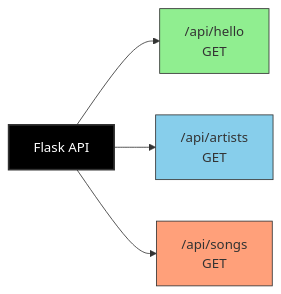
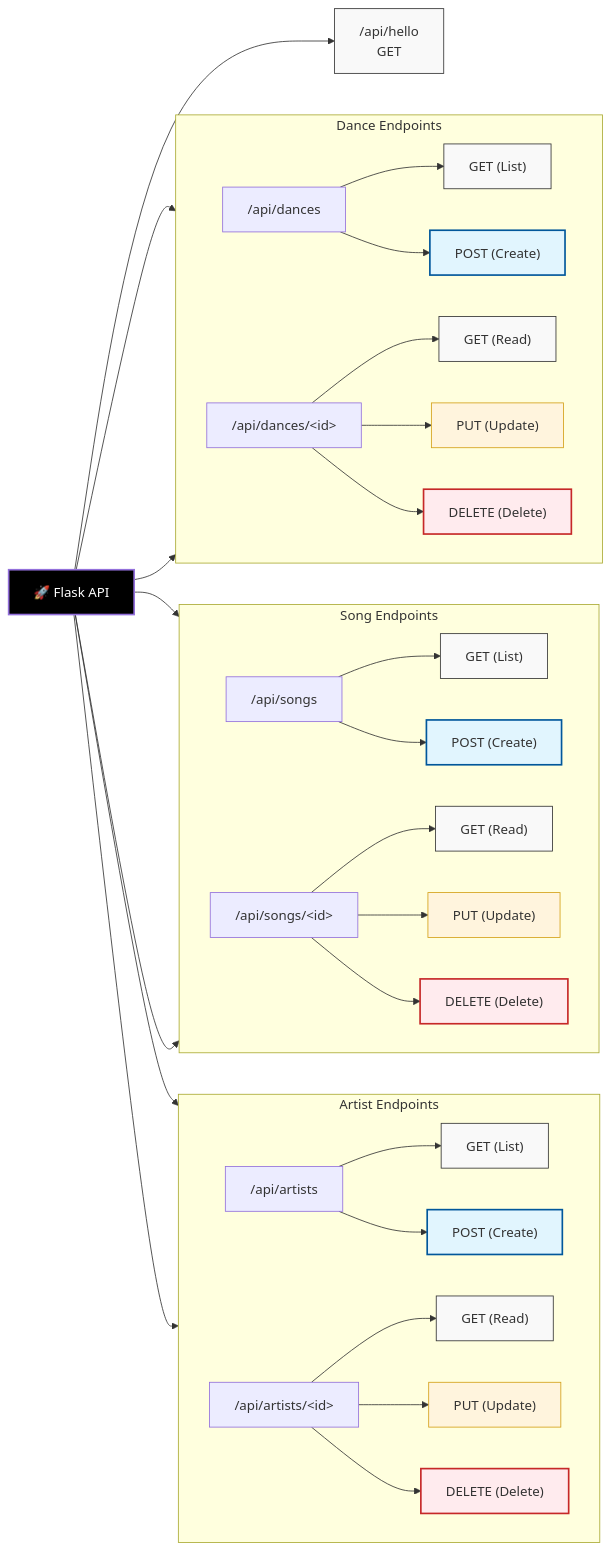
Before and after one commit to vega28/dance-dance-database: the second of 4 diagrams in ARCHITECTURE.md, drawn with Mermaid. The commit also changed other lines of this file and 2 other files, not shown here.

Commit message:
Add endpoints for Artists and Dances; update docs

````diff
--- a/ARCHITECTURE.md
+++ b/ARCHITECTURE.md
@@ -23,17 +24,66 @@
 ```mermaid
 graph LR
-    Flask["Flask API"]
+    %% Global Styles
+    classDef get fill:#f9f9f9,stroke:#333,stroke-width:1px
+    classDef post fill:#e1f5fe,stroke:#01579b,stroke-width:2px
+    classDef put fill:#fff4dd,stroke:#d4a017,stroke-width:1px
+    classDef delete fill:#ffebee,stroke:#c62828,stroke-width:2px
+
+    Flask["🚀 Flask API"]
+    style Flask fill:#000,color:#fff,stroke-width:2px
+
+    %% General Section
+    Flask --> Hello["/api/hello<br/>GET"]:::get
+
+    %% Artist Section
+    subgraph Artist_Resource [Artist Endpoints]
+        direction LR
+        A_Path["/api/artists"]
+        A_ID_Path["/api/artists/&lt;id&gt;"]
+
+        A_Path --> A_GET["GET (List)"]:::get
+        A_Path --> A_POST["POST (Create)"]:::post
+
+        A_ID_Path --> A_GET_ID["GET (Read)"]:::get
+        A_ID_Path --> A_PUT["PUT (Update)"]:::put
+        A_ID_Path --> A_DEL["DELETE (Delete)"]:::delete
+    end
+
+    %% Song Section
+    subgraph Song_Resource [Song Endpoints]
+        direction LR
+        S_Path["/api/songs"]
+        S_ID_Path["/api/songs/&lt;id&gt;"]
+
+        S_Path --> S_GET["GET (List)"]:::get
+        S_Path --> S_POST["POST (Create)"]:::post
+
+        S_ID_Path --> S_GET_ID["GET (Read)"]:::get
+        S_ID_Path --> S_PUT["PUT (Update)"]:::put
+        S_ID_Path --> S_DEL["DELETE (Delete)"]:::delete
+    end
+
     
-    Hello["/api/hello<br/>GET"]
-    Artists["/api/artists<br/>GET"]
-    Songs["/api/songs<br/>GET"]
-    
-    Flask --> Hello
-    Flask --> Artists
-    Flask --> Songs
-    
-    style Flask fill:#000,stroke:#333,stroke-width:2px,color:#fff
-    style Hello fill:#90ee90,stroke:#333,stroke-width:1px
-    style Artists fill:#87ceeb,stroke:#333,stroke-width:1px
-    style Songs fill:#ffa07a,stroke:#333,stroke-width:1px
+
+    %% Dance Section
+    subgraph Dance_Resource [Dance Endpoints]
+        direction LR
+        D_Path["/api/dances"]
+        D_ID_Path["/api/dances/&lt;id&gt;"]
+
+        D_Path --> D_GET["GET (List)"]:::get
+        D_Path --> D_POST["POST (Create)"]:::post
+
+        D_ID_Path --> D_GET_ID["GET (Read)"]:::get
+        D_ID_Path --> D_PUT["PUT (Update)"]:::put
+        D_ID_Path --> D_DEL["DELETE (Delete)"]:::delete
+    end
+
+    Flask --> A_Path
+    Flask --> A_ID_Path
+    Flask --> S_Path
+    Flask --> S_ID_Path
+    Flask --> D_Path
+    Flask --> D_ID_Path
+
 ```
````
